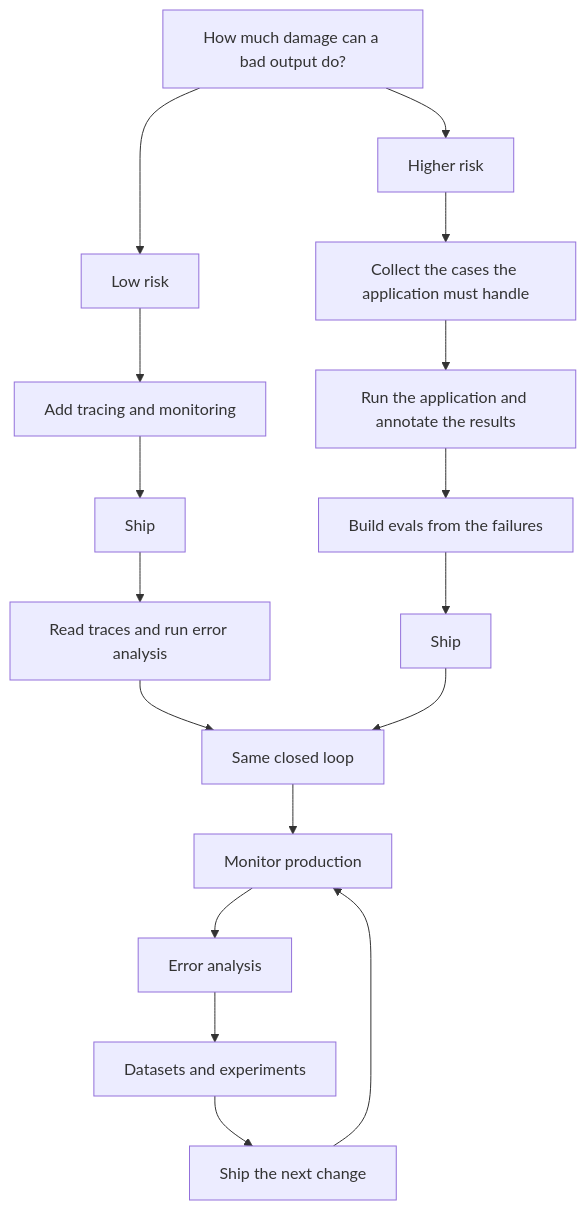
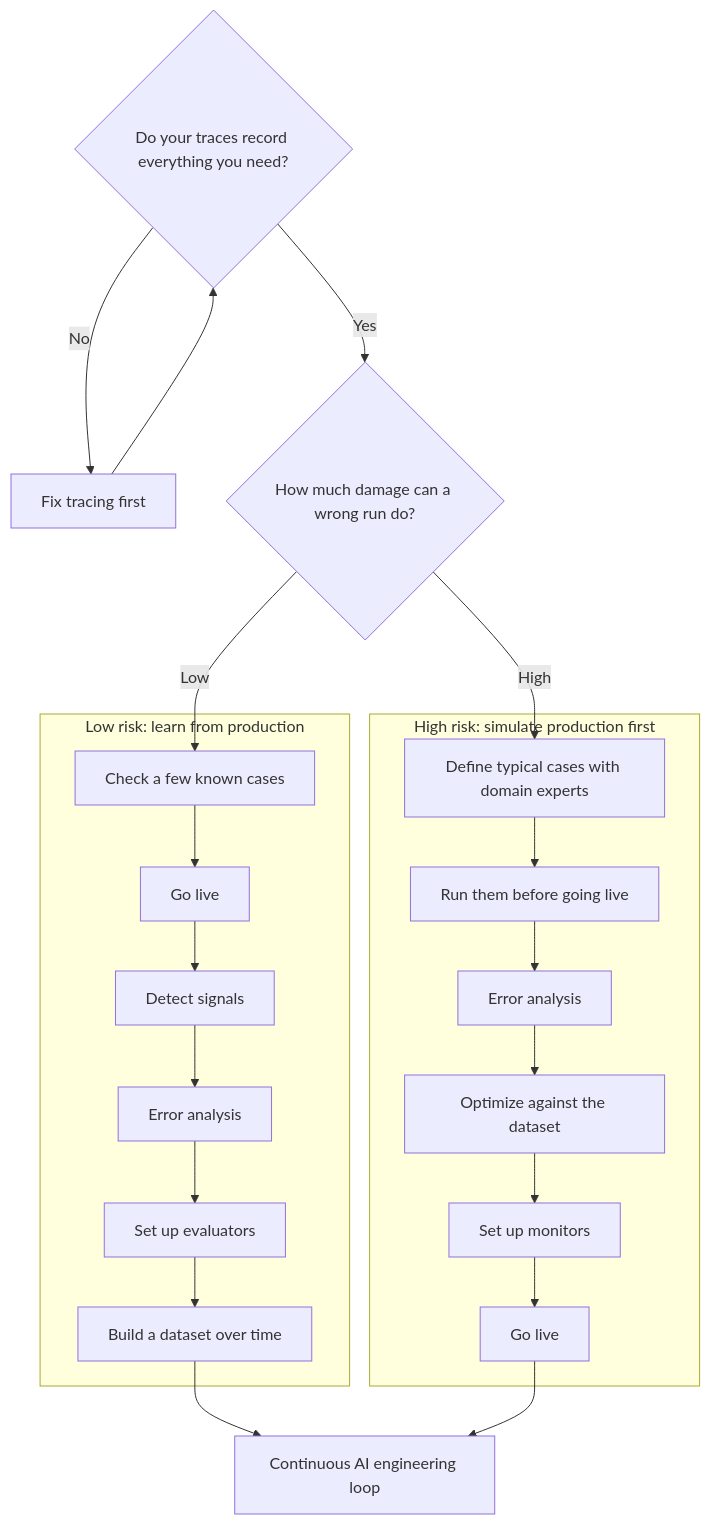
Before and after one commit to langfuse/langfuse-docs: the diagram in content/blog/2026-10-22-how-do-i-get-started-with-evals.mdx, drawn with Mermaid. The commit also changed other lines of this file, not shown here.

Commit message:
Restructure evals post around a risk-based path map

````diff
--- a/content/blog/2026-10-22-how-do-i-get-started-with-evals.mdx
+++ b/content/blog/2026-10-22-how-do-i-get-started-with-evals.mdx
@@ -57,20 +40,25 @@
 ```mermaid
 flowchart TD
-  start["How much damage can a bad output do?"]
-  start --> low["Low risk"]
-  start --> high["Higher risk"]
-  low --> trace["Add tracing and monitoring"]
-  trace --> shipLow["Ship"]
-  shipLow --> read["Read traces and run error analysis"]
-  high --> cases["Collect the cases the application must handle"]
-  cases --> run["Run the application and annotate the results"]
-  run --> build["Build evals from the failures"]
-  build --> shipHigh["Ship"]
-  read --> loop["Same closed loop"]
-  shipHigh --> loop
-  loop --> monitor["Monitor production"]
-  monitor --> analysis["Error analysis"]
-  analysis --> datasets["Datasets and experiments"]
-  datasets --> nextShip["Ship the next change"]
-  nextShip --> monitor
+  traces{"Do your traces record everything you need?"}
+  traces -- "No" --> fix["Fix tracing first"]
+  fix --> traces
+  traces -- "Yes" --> risk{"How much damage can a wrong run do?"}
+  risk -- "Low" --> l1
+  risk -- "High" --> h1
+  subgraph low ["Low risk: learn from production"]
+    l1["Check a few known cases"] --> l2["Go live"]
+    l2 --> l3["Detect signals"]
+    l3 --> l4["Error analysis"]
+    l4 --> l5["Set up evaluators"]
+    l5 --> l6["Build a dataset over time"]
+  end
+  subgraph high ["High risk: simulate production first"]
+    h1["Define typical cases with domain experts"] --> h2["Run them before going live"]
+    h2 --> h3["Error analysis"]
+    h3 --> h4["Optimize against the dataset"]
+    h4 --> h5["Set up monitors"]
+    h5 --> h6["Go live"]
+  end
+  l6 --> loop["Continuous AI engineering loop"]
+  h6 --> loop
 ```
````
